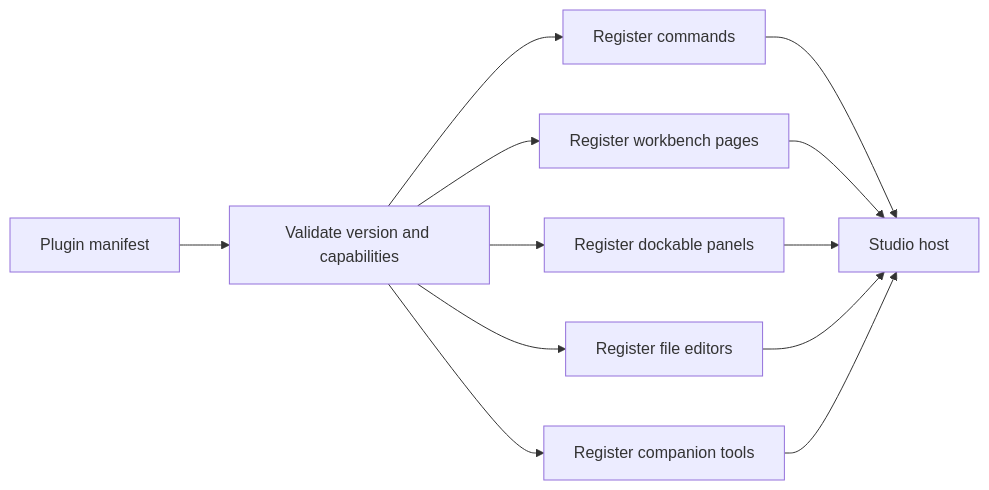
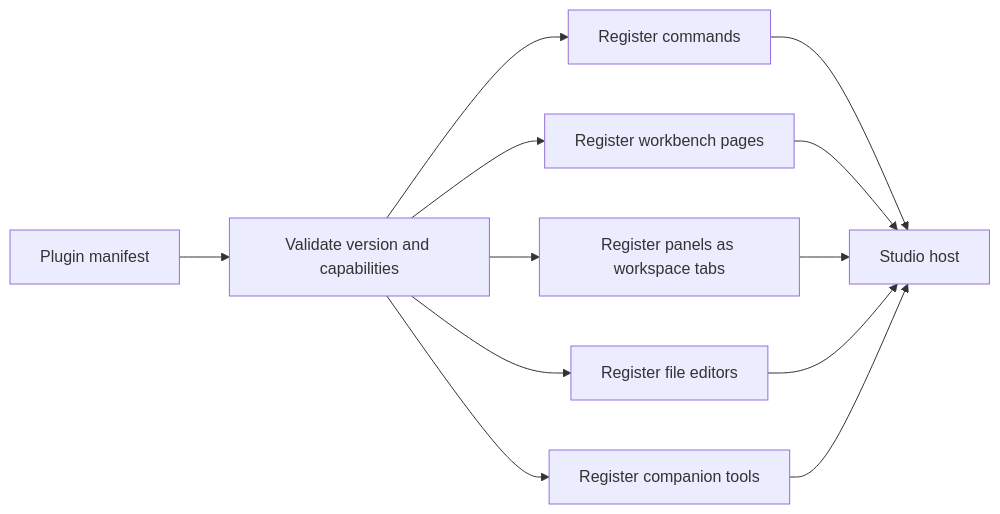
One commit to Liapoldus/studio changed the first of 3 diagrams in docs/studio-plugins.md. Above: the diagram before and after it, drawn with Mermaid. The commit also changed other lines of this file and 147 other files, not shown here.

````diff
--- a/docs/studio-plugins.md
+++ b/docs/studio-plugins.md
@@ -38,14 +77,14 @@
 ```mermaid
 flowchart LR
     M["Plugin manifest"] --> V["Validate version and capabilities"]
     V --> C["Register commands"]
     V --> P["Register workbench pages"]
-    V --> D["Register dockable panels"]
+    V --> D["Register panels as workspace tabs"]
     V --> F["Register file editors"]
     V --> T["Register companion tools"]
     C --> H["Studio host"]
     P --> H
     D --> H
     F --> H
     T --> H
 ```
````
